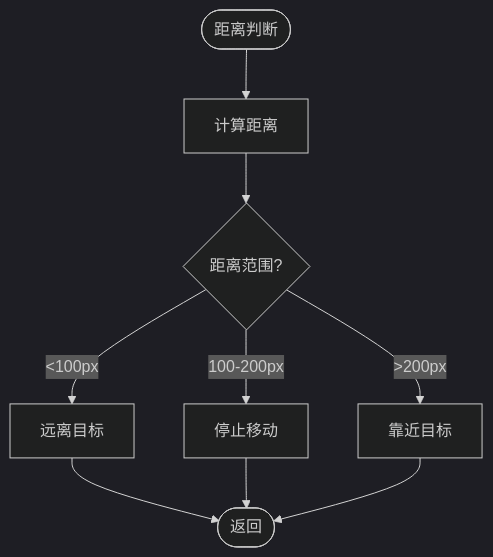
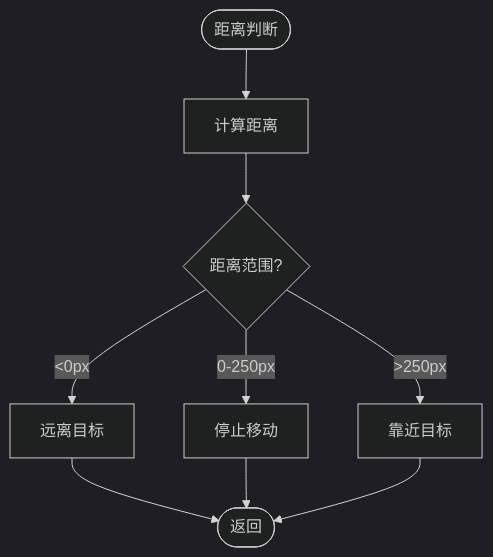
Before and after one commit to xsy098-max/ok-jump: the seventh of 10 diagrams in .qoder/repowiki/zh/content/任务系统/自动战斗任务.md, drawn with Mermaid (dark theme). The commit also changed other lines of this file and 22 other files, not shown here.

````diff
--- a/.qoder/repowiki/zh/content/任务系统/自动战斗任务.md
+++ b/.qoder/repowiki/zh/content/任务系统/自动战斗任务.md
@@ -294,11 +313,11 @@
 ```mermaid
 flowchart TD
 Start([距离判断]) --> Calc["计算距离"]
 Calc --> Range{"距离范围?"}
-Range --> |<100px| Away["远离目标"]
-Range --> |100-200px| Stop["停止移动"]
-Range --> |>200px| Toward["靠近目标"]
+Range --> |<0px| Away["远离目标"]
+Range --> |0-250px| Stop["停止移动"]
+Range --> |>250px| Toward["靠近目标"]
 Away --> End([返回])
 Stop --> End
 Toward --> End
 ```
````
